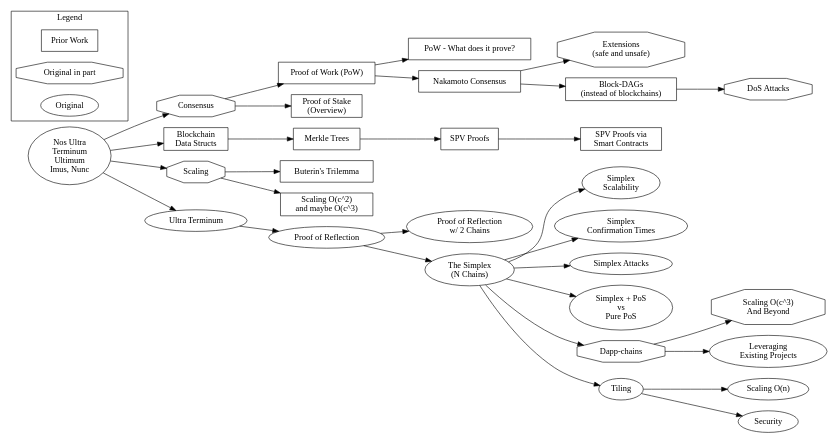
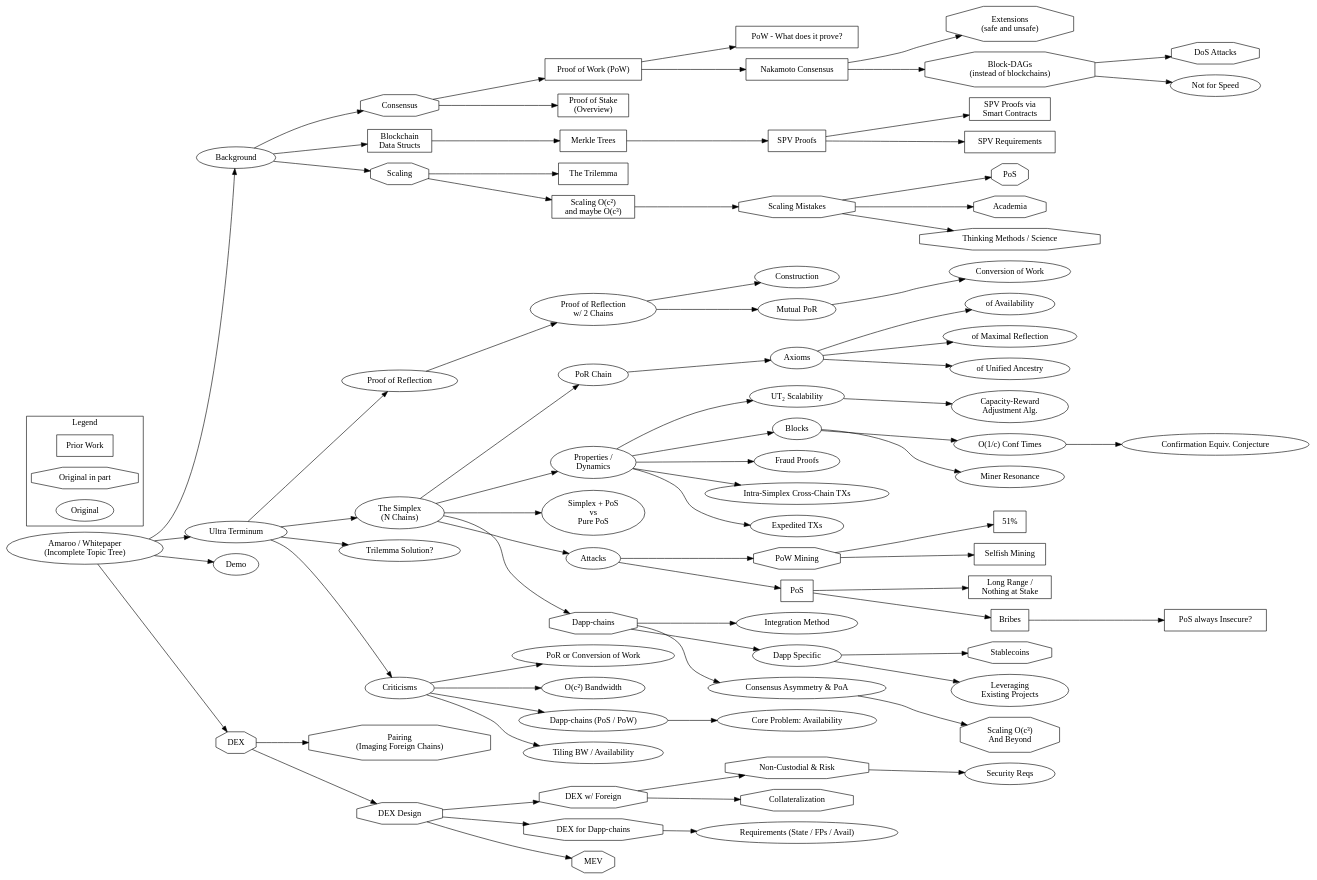
Before and after one commit to AmarooHQ/whitepaper: the diagram in includes/handout/topic-tree.gv, drawn with Graphviz. The commit also changed 1 other file, not shown here.

Commit message:
update topic tree # Words added: 577 # Words removed: 28 # Words diff: 549

```diff
--- a/includes/handout/topic-tree.gv
+++ b/includes/handout/topic-tree.gv
@@ -1,93 +1,200 @@
 digraph TopicTree {
     compound=true;
     rankdir="LR";
 
     /* subgraph cluster_proofEngines {
         label = "Proof Engines";
         posEngine -> powEngine;
     } */
 
     /* subgraph cluster_whitePaper {
         // style=filled;
         // color=lightgrey;
         // node [style=filled];
         label = "White Paper";
         networkTopol -> utSpec;
         tokenomics;
         amarooVision;
         validation -> utSpec;
         dagDetails -> utSpec;
         wpDraft1 -> dagDetails,amarooVision,validation,networkTopol,tokenomics;
     } */
 
-    nosimus [label = "Nos Ultra\nTerminum\nUltimum\nImus, Nunc", ordering=out];
+    nosimus [label = "Amaroo / Whitepaper\n(Incomplete Topic Tree)", ordering=out];
 
     subgraph cluster_Legend {
         label = "Legend";
         prior [label = "Prior Work", shape=rectangle];
         partOriginal [label = "Original in part", shape=octagon];
         original [label = "Original"];
     }
 
+    background [label = "Background"];
+
     consensus [label = "Consensus", ordering=out, shape=octagon];
     pow [label = "Proof of Work (PoW)", shape=rectangle];
     essenceOfPoWDataInclusion [label = "PoW - What does it prove?", shape=rectangle];
     nakamotoConsensus [label = "Nakamoto Consensus", shape=rectangle];
     nakConsensusSafeUnsafe [label = "Extensions\n(safe and unsafe)", shape=octagon];
     PoSConsensusGeneral [label = "Proof of Stake\n(Overview)", shape=rectangle];
-    blockDag [label = "Block-DAGs\n(instead of blockchains)", shape=rectangle];
+    blockDag [label = "Block-DAGs\n(instead of blockchains)", shape=octagon];
     dosAttacks [label = "DoS Attacks", shape=octagon];
+      dagNotFast [label = "Not for Speed"];
+
     dataStructsGeneral [label = "Blockchain\nData Structs", shape=rectangle];
     merkleTrees [label = "Merkle Trees", shape=rectangle];
     spvProofs [label = "SPV Proofs", shape=rectangle];
     spvProofsViaSC [label = "SPV Proofs via\nSmart Contracts", shape=rectangle];
+    spvReqs [label = "SPV Requirements", shape=rectangle];
     scaling [label = "Scaling", shape=octagon];
-    scalingTrilemma [label = "Buterin's Trilemma", shape=rectangle];
-    scalingOCSquared [label = "Scaling O(c^2)\n and maybe O(c^3)", shape=rectangle];
-    scalingOCCubed [label = "Scaling O(c^3)\nAnd Beyond", shape=octagon];
-    scalingON [label = "Scaling O(n)"];
+    scalingTrilemma [label = "The Trilemma", shape=rectangle];
+    scalingOCSquared [label = "Scaling O(c²)\n and maybe O(c³)", shape=rectangle];
+      scalingMistakes [label = "Scaling Mistakes", shape=octagon];
+      scalingMistakePoS [label = "PoS", shape=octagon];
+      scalingMistakeAcademic [label = "Academia", shape=octagon];
+      scalingMistakePhil [label = "Thinking Methods / Science", shape=octagon];
+    scalingOCCubed [label = "Scaling O(c³)\nAnd Beyond", shape=octagon];
+    // scalingON [label = "Scaling O(n)"];
     UT [label = "Ultra Terminum"];
     powReflection [label = "Proof of Reflection"];
     powRefTwoChains [label = "Proof of Reflection\nw/ 2 Chains"];
+      powRefConstruction [label = "Construction"];
+      powRefConversion [label = "Conversion of Work"];
+      powRefMutual [label = "Mutual PoR"];
+      // powRefMutReqs [label = "Requirements"];
     //UTCore [label = "Core of Ultra Terminum"];
+    porChain [label = "PoR Chain"];
+      sAxioms [label = "Axioms"];
+      axAvailability [label = "of Availability"];
+      axMaxRefl [label = "of Maximal Reflection"];
+      axAncestry [label = "of Unified Ancestry"];
+    simplexProps [label = "Properties /\nDynamics"];
     powRefSimplex [label = "The Simplex\n(N Chains)"];
-    simplexScale [label = "Simplex\nScalability"];
+    simplexScale [label = "UT₂ Scalability"];
+      sScaleCRAA [label = "Capacity-Reward\nAdjustment Alg."]
     // simplexDappChains [label = "Simplex\nDapp-chains"];
-    powRefConfirmationTimes [label = "Simplex\nConfirmation Times"];
-    powRefAttacks [label = "Simplex Attacks"];
+      sPropsBlocks [label = "Blocks"];
+      sPropFPs [label = "Fraud Proofs"];
+      sPropSPV [label = "Intra-Simplex Cross-Chain TXs"];
+      sPropExpedited [label = "Expedited TXs"];
+    powRefConfirmationTimes [label = "O(1/c) Conf Times"]; // c⁻¹
+      sPropCEC [label = "Confirmation Equiv. Conjecture"];
+    sPropsResonance [label = "Miner Resonance"];
     simplexPoSVsPurePoS [label = "Simplex + PoS\nvs\nPure PoS"];
+    powRefAttacks [label = "Attacks"];
+      simplexAtkMining [label = "PoW Mining", shape=octagon];
+        sAtkPow51 [label = "51%", shape=rectangle];
+        sAtkPowSelfish [label = "Selfish Mining", shape=rectangle];
+      simplexAtkPos [label = "PoS", shape=rectangle];
+      sAtkPosLong [label = "Long Range /\nNothing at Stake", shape=rectangle];
+      // sAtkPosSupply [label = "Supply", shape=rectangle];
+      sAtkPosBribe [label = "Bribes", shape=rectangle];
+      posInsecurity [label = "PoS always Insecure?", shape=rectangle];
     dappChains [label = "Dapp-chains", shape=octagon];
+      dappCIntegration [label = "Integration Method"];
+      dappsSpecific [label = "Dapp Specific"];
+      dappsStable [label = "Stablecoins", shape=octagon];
     devPotential [label = "Leveraging\nExisting Projects"];
+      dappsConsensus [label = "Consensus Asymmetry & PoA"];
     // devPotentialUniversality [label = "Universality", shape=octagon];
     // devPotentialReach [label = "Reach", shape=octagon];
-    tiling [label = "Tiling"];
-    tilingSec [label = "Security"];
+    // tiling [label = "Tiling"];
+    // tilingSec [label = "Security"];
 
-    nosimus -> consensus;
+    TrilemmaSoln [label = "Trilemma Solution?"];
+
+    utCrits [label = "Criticisms"];
+      critConstruction [label = "PoR or Conversion of Work"];
+      critBandwidth [label = "O(c²) Bandwidth"];
+      critDapps [label = "Dapp-chains (PoS / PoW)"];
+      critDappProb [label = "Core Problem: Availability"];
+      critTiling [label = "Tiling BW / Availability"];
+
+    dex [label = "DEX", shape=octagon];
+    pairing [label = "Pairing\n(Imaging Foreign Chains)", shape=octagon];
+    dexDesign [label = "DEX Design", shape=octagon];
+    dexFNonCustododial [label = "Non-Custodial & Risk", shape=octagon];
+      dexFCPartyRisk [label = "Security Reqs"];
+    dexBridge [label = "DEX w/ Foreign", shape=octagon];
+    dexFCollat [label = "Collateralization", shape=octagon];
+    dexDapp [label = "DEX for Dapp-chains", shape=octagon];
+    dexDappReqs [label = "Requirements (State / FPs / Avail)"];
+    dexMEV [label = "MEV", shape=octagon];
+
+
+    nosimus -> background -> consensus;
     consensus -> pow;
     pow -> nakamotoConsensus;
     pow -> essenceOfPoWDataInclusion;
     // essenceOfPoWDataInclusion -> nakConsensusSafeUnsafe;
     nakamotoConsensus -> nakConsensusSafeUnsafe;
     consensus -> PoSConsensusGeneral;
     nakamotoConsensus -> blockDag;
     blockDag -> dosAttacks;
+    blockDag -> dagNotFast;
     //nakamotoConsensus -> essenceOfPoWDataInclusion;
-    nosimus -> dataStructsGeneral -> merkleTrees -> spvProofs -> spvProofsViaSC;
-    nosimus -> scaling -> scalingTrilemma;
-    scaling -> scalingOCSquared;
+    background -> dataStructsGeneral -> merkleTrees -> spvProofs -> spvProofsViaSC;
+      spvProofs -> spvReqs;
+
+    background -> scaling -> scalingTrilemma;
+    scaling -> scalingOCSquared -> scalingMistakes;
+      scalingMistakes -> scalingMistakePoS;
+      scalingMistakes -> scalingMistakeAcademic;
+      scalingMistakes -> scalingMistakePhil;
     //scaling -> scalingON;
     nosimus -> UT -> powReflection -> powRefTwoChains;
-    powReflection -> powRefSimplex -> simplexScale;
-    powRefSimplex -> dappChains -> scalingOCCubed;
-    powRefSimplex -> powRefConfirmationTimes;
-    powRefSimplex -> powRefAttacks;
+     powRefTwoChains -> powRefConstruction; // -> powRefMutReqs;
+     powRefTwoChains -> powRefMutual -> powRefConversion;
+
+    // powReflection ->
+    UT -> powRefSimplex;
+    powRefSimplex -> porChain -> sAxioms;
+      sAxioms -> axAvailability;
+      sAxioms -> axMaxRefl;
+      sAxioms -> axAncestry;
+    powRefSimplex -> simplexProps -> simplexScale -> sScaleCRAA;
+      simplexProps -> sPropsBlocks;
+        sPropsBlocks -> powRefConfirmationTimes -> sPropCEC;
+        sPropsBlocks -> sPropsResonance;
+      simplexProps -> sPropFPs;
+      simplexProps -> sPropSPV;
+      simplexProps -> sPropExpedited;
+
+    powRefSimplex -> dappChains;
+    powRefSimplex -> powRefAttacks -> simplexAtkMining;
+      simplexAtkMining -> sAtkPow51;
+      simplexAtkMining -> sAtkPowSelfish;
+      powRefAttacks -> simplexAtkPos;
+      simplexAtkPos -> sAtkPosLong;
+      // simplexAtkPos -> sAtkPosNAS;
+      simplexAtkPos -> sAtkPosBribe -> posInsecurity;
     powRefSimplex -> simplexPoSVsPurePoS;
 
-    dappChains -> devPotential;
+    dappChains -> dappCIntegration;
+    dappChains -> dappsConsensus -> scalingOCCubed;
+    dappChains -> dappsSpecific;
+    dappsSpecific -> dappsStable;
+    dappsSpecific -> devPotential;
 
-    powRefSimplex -> tiling;
+    // powRefSimplex -> tiling;
+    // tiling -> scalingON;
+    // tiling -> tilingSec;
 
-    tiling -> scalingON;
-    tiling -> tilingSec;
+
+    UT -> TrilemmaSoln;
+    UT -> utCrits;
+      utCrits -> critConstruction;
+      utCrits -> critBandwidth;
+      utCrits -> critDapps -> critDappProb;
+      utCrits -> critTiling;
+
+    nosimus -> Demo;
+
+    nosimus -> dex;
+    dex -> pairing;
+    dex -> dexDesign;
+    dexDesign -> dexBridge -> dexFNonCustododial -> dexFCPartyRisk;
+      dexBridge -> dexFCollat;
+    dexDesign -> dexDapp -> dexDappReqs;
+    dexDesign -> dexMEV;
 }
```
